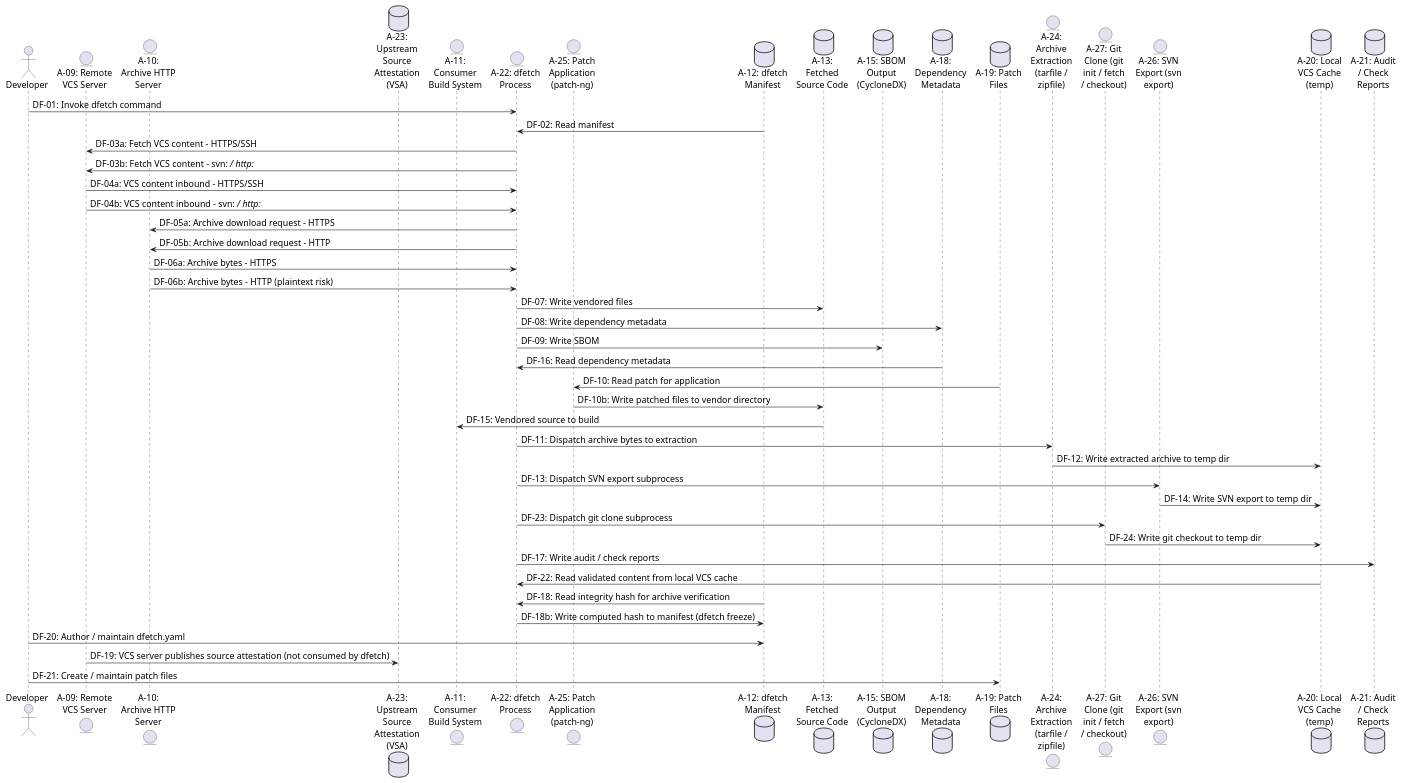
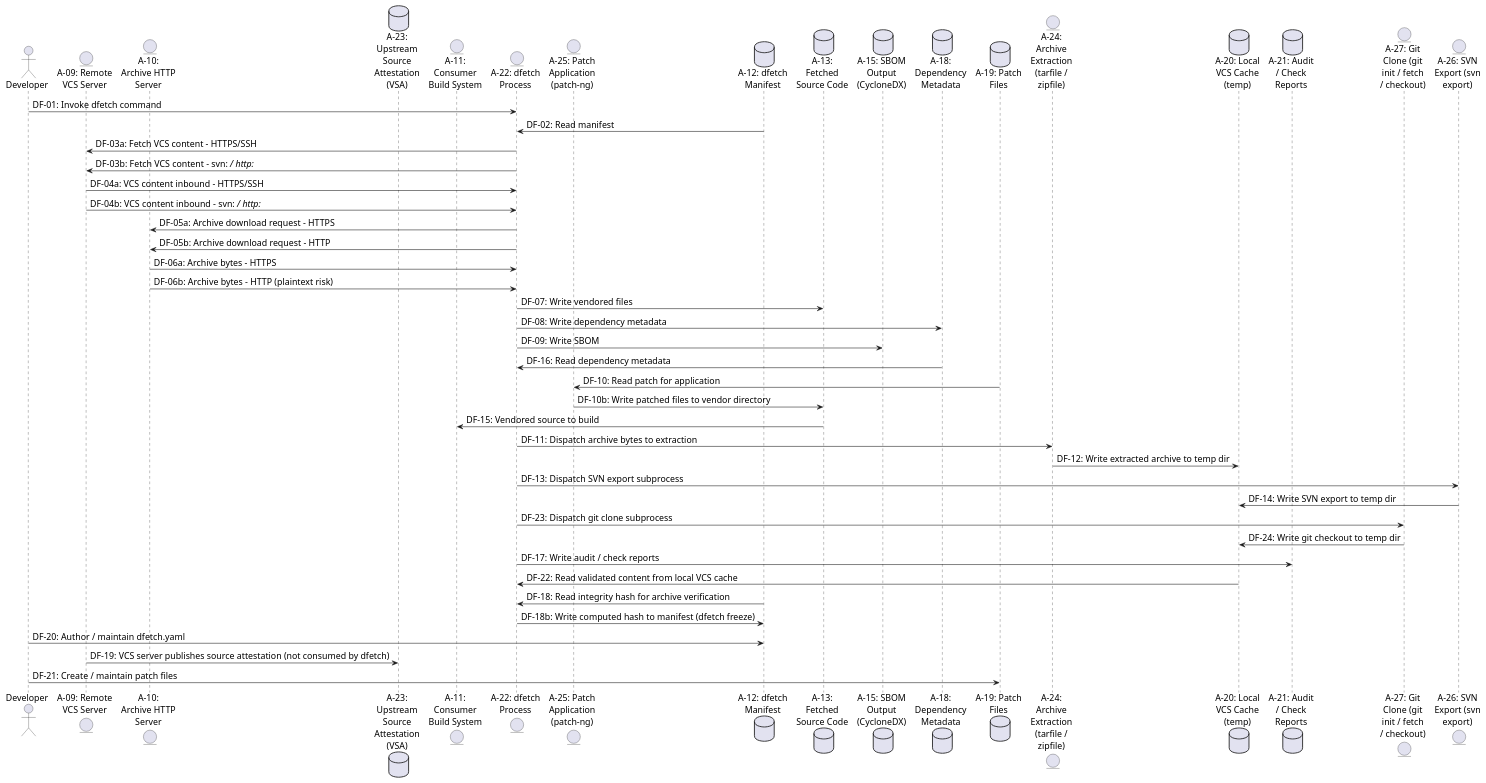
One commit to dfetch-org/dfetch changed the second of 2 diagrams in doc/explanation/threat_model_usage.rst. Above: the diagram before and after it, drawn with PlantUML. The commit also changed other lines of this file and 3 other files, not shown here.

```diff
--- a/doc/explanation/threat_model_usage.rst
+++ b/doc/explanation/threat_model_usage.rst
@@ -557,53 +557,53 @@
 .. uml::
 
    @startuml
    skinparam defaultFontSize 16
    actor actor_Developer_f2eb7a3ff7 as "Developer"
    entity externalentity_ARemoteVCSServer_d2006ce1bb as "A-09: Remote\nVCS Server"
    entity externalentity_AArchiveHTTPServer_f8af758679 as "A-10:\nArchive HTTP\nServer"
    database datastore_AUpstreamSourceAttestationVSA_2c440ebe53 as "A-23:\nUpstream\nSource\nAttestation\n(VSA)"
    entity externalentity_AConsumerBuildSystem_0291419f72 as "A-11:\nConsumer\nBuild System"
    entity process_AdfetchProcess_c76a0a7067 as "A-22: dfetch\nProcess"
    entity process_APatchApplicationpatchng_c6f87088c2 as "A-25: Patch\nApplication\n(patch-ng)"
    database datastore_AdfetchManifest_9345ab4c19 as "A-12: dfetch\nManifest"
    database datastore_AFetchedSourceCode_86e4604564 as "A-13:\nFetched\nSource Code"
    database datastore_ASBOMOutputCycloneDX_b2e5892d06 as "A-15: SBOM\nOutput\n(CycloneDX)"
    database datastore_ADependencyMetadata_990b886585 as "A-18:\nDependency\nMetadata"
    database datastore_APatchFiles_9df04f8dae as "A-19: Patch\nFiles"
    entity process_AArchiveExtractiontarfilezipfile_b8773cb4e7 as "A-24:\nArchive\nExtraction\n(tarfile /\nzipfile)"
-   entity process_AGitClonegitinitfetchcheckout_da43120000 as "A-27: Git\nClone (git\ninit / fetch\n/ checkout)"
-   entity process_ASVNExportsvnexport_7eb89910ee as "A-26: SVN\nExport (svn\nexport)"
-   database datastore_ALocalVCSCachetemp_ae6e32d09a as "A-20: Local\nVCS Cache\n(temp)"
-   database datastore_AAuditCheckReports_d0c0ca0a3b as "A-21: Audit\n/ Check\nReports"
+   database datastore_ALocalVCSCachetemp_da43120000 as "A-20: Local\nVCS Cache\n(temp)"
+   database datastore_AAuditCheckReports_7eb89910ee as "A-21: Audit\n/ Check\nReports"
+   entity process_AGitClonegitinitfetchcheckout_86c0e9a37a as "A-27: Git\nClone (git\ninit / fetch\n/ checkout)"
+   entity process_ASVNExportsvnexport_dd106a3558 as "A-26: SVN\nExport (svn\nexport)"
 
    actor_Developer_f2eb7a3ff7 -> process_AdfetchProcess_c76a0a7067: DF-01: Invoke dfetch command
    datastore_AdfetchManifest_9345ab4c19 -> process_AdfetchProcess_c76a0a7067: DF-02: Read manifest
    process_AdfetchProcess_c76a0a7067 -> externalentity_ARemoteVCSServer_d2006ce1bb: DF-03a: Fetch VCS content - HTTPS/SSH
    process_AdfetchProcess_c76a0a7067 -> externalentity_ARemoteVCSServer_d2006ce1bb: DF-03b: Fetch VCS content - svn:// / http://
    externalentity_ARemoteVCSServer_d2006ce1bb -> process_AdfetchProcess_c76a0a7067: DF-04a: VCS content inbound - HTTPS/SSH
    externalentity_ARemoteVCSServer_d2006ce1bb -> process_AdfetchProcess_c76a0a7067: DF-04b: VCS content inbound - svn:// / http://
    process_AdfetchProcess_c76a0a7067 -> externalentity_AArchiveHTTPServer_f8af758679: DF-05a: Archive download request - HTTPS
    process_AdfetchProcess_c76a0a7067 -> externalentity_AArchiveHTTPServer_f8af758679: DF-05b: Archive download request - HTTP
    externalentity_AArchiveHTTPServer_f8af758679 -> process_AdfetchProcess_c76a0a7067: DF-06a: Archive bytes - HTTPS
    externalentity_AArchiveHTTPServer_f8af758679 -> process_AdfetchProcess_c76a0a7067: DF-06b: Archive bytes - HTTP (plaintext risk)
    process_AdfetchProcess_c76a0a7067 -> datastore_AFetchedSourceCode_86e4604564: DF-07: Write vendored files
    process_AdfetchProcess_c76a0a7067 -> datastore_ADependencyMetadata_990b886585: DF-08: Write dependency metadata
    process_AdfetchProcess_c76a0a7067 -> datastore_ASBOMOutputCycloneDX_b2e5892d06: DF-09: Write SBOM
    datastore_ADependencyMetadata_990b886585 -> process_AdfetchProcess_c76a0a7067: DF-16: Read dependency metadata
    datastore_APatchFiles_9df04f8dae -> process_APatchApplicationpatchng_c6f87088c2: DF-10: Read patch for application
    process_APatchApplicationpatchng_c6f87088c2 -> datastore_AFetchedSourceCode_86e4604564: DF-10b: Write patched files to vendor directory
    datastore_AFetchedSourceCode_86e4604564 -> externalentity_AConsumerBuildSystem_0291419f72: DF-15: Vendored source to build
    process_AdfetchProcess_c76a0a7067 -> process_AArchiveExtractiontarfilezipfile_b8773cb4e7: DF-11: Dispatch archive bytes to extraction
-   process_AArchiveExtractiontarfilezipfile_b8773cb4e7 -> datastore_ALocalVCSCachetemp_ae6e32d09a: DF-12: Write extracted archive to temp dir
-   process_AdfetchProcess_c76a0a7067 -> process_ASVNExportsvnexport_7eb89910ee: DF-13: Dispatch SVN export subprocess
-   process_ASVNExportsvnexport_7eb89910ee -> datastore_ALocalVCSCachetemp_ae6e32d09a: DF-14: Write SVN export to temp dir
-   process_AdfetchProcess_c76a0a7067 -> process_AGitClonegitinitfetchcheckout_da43120000: DF-23: Dispatch git clone subprocess
-   process_AGitClonegitinitfetchcheckout_da43120000 -> datastore_ALocalVCSCachetemp_ae6e32d09a: DF-24: Write git checkout to temp dir
-   process_AdfetchProcess_c76a0a7067 -> datastore_AAuditCheckReports_d0c0ca0a3b: DF-17: Write audit / check reports
-   datastore_ALocalVCSCachetemp_ae6e32d09a -> process_AdfetchProcess_c76a0a7067: DF-22: Read validated content from local VCS cache
+   process_AArchiveExtractiontarfilezipfile_b8773cb4e7 -> datastore_ALocalVCSCachetemp_da43120000: DF-12: Write extracted archive to temp dir
+   process_AdfetchProcess_c76a0a7067 -> process_ASVNExportsvnexport_dd106a3558: DF-13: Dispatch SVN export subprocess
+   process_ASVNExportsvnexport_dd106a3558 -> datastore_ALocalVCSCachetemp_da43120000: DF-14: Write SVN export to temp dir
+   process_AdfetchProcess_c76a0a7067 -> process_AGitClonegitinitfetchcheckout_86c0e9a37a: DF-23: Dispatch git clone subprocess
+   process_AGitClonegitinitfetchcheckout_86c0e9a37a -> datastore_ALocalVCSCachetemp_da43120000: DF-24: Write git checkout to temp dir
+   process_AdfetchProcess_c76a0a7067 -> datastore_AAuditCheckReports_7eb89910ee: DF-17: Write audit / check reports
+   datastore_ALocalVCSCachetemp_da43120000 -> process_AdfetchProcess_c76a0a7067: DF-22: Read validated content from local VCS cache
    datastore_AdfetchManifest_9345ab4c19 -> process_AdfetchProcess_c76a0a7067: DF-18: Read integrity hash for archive verification
    process_AdfetchProcess_c76a0a7067 -> datastore_AdfetchManifest_9345ab4c19: DF-18b: Write computed hash to manifest (dfetch freeze)
    actor_Developer_f2eb7a3ff7 -> datastore_AdfetchManifest_9345ab4c19: DF-20: Author / maintain dfetch.yaml
    externalentity_ARemoteVCSServer_d2006ce1bb -> datastore_AUpstreamSourceAttestationVSA_2c440ebe53: DF-19: VCS server publishes source attestation (not consumed by dfetch)
    actor_Developer_f2eb7a3ff7 -> datastore_APatchFiles_9df04f8dae: DF-21: Create / maintain patch files
    @enduml
```
